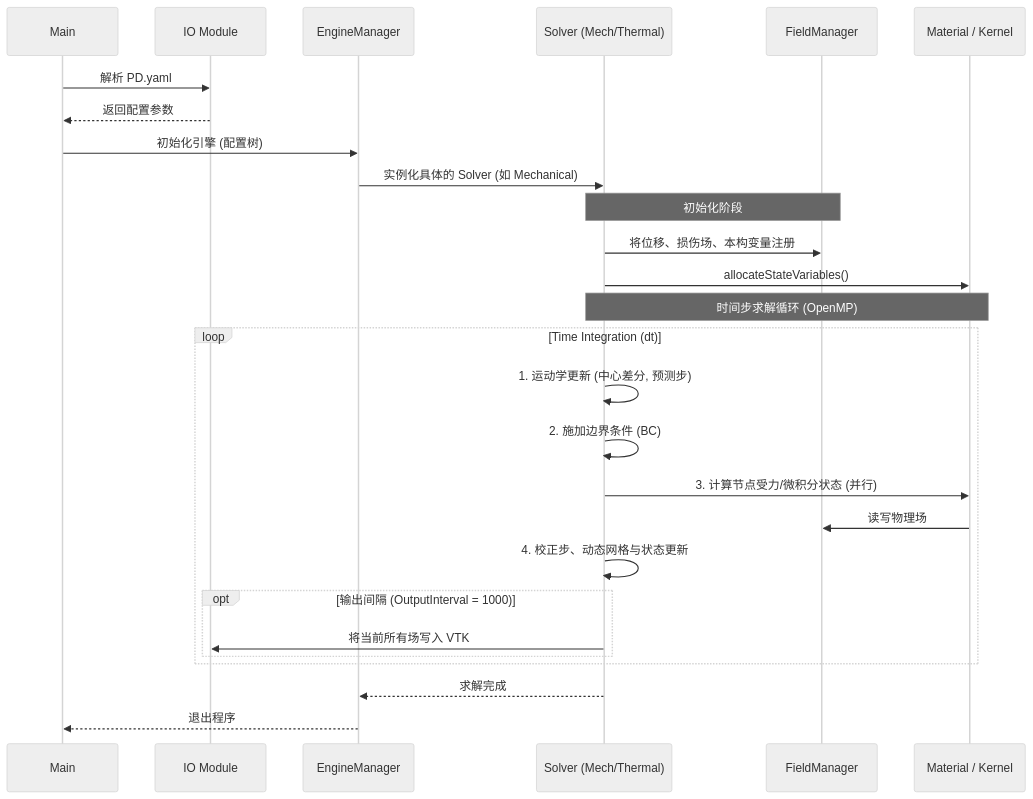
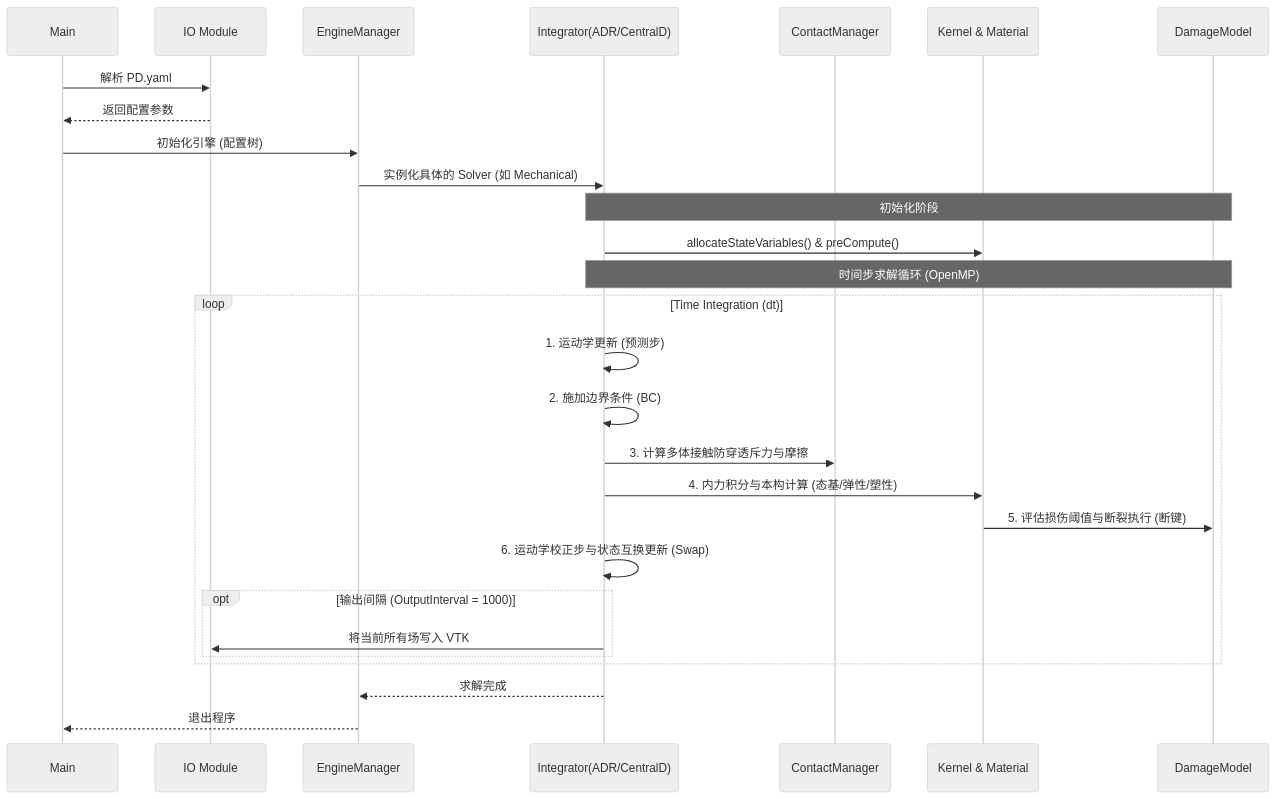
Before and after one commit to Huckleberry-F/GRPD: the third of 3 diagrams in README.md, drawn with Mermaid (neutral theme). The commit also changed other lines of this file and 6 other files, not shown here.

First line of the commit message:
docs: Comprehensive architecture docs upgrade and NTS contact stabilization

````diff
--- a/README.md
+++ b/README.md
@@ -193,34 +220,37 @@
 ```mermaid
 sequenceDiagram
     participant Main as Main
     participant IO as IO Module
     participant EM as EngineManager
-    participant Solver as Solver (Mech/Thermal)
-    participant Field as FieldManager
-    participant Mat as Material / Kernel
+    participant Solver as Integrator(ADR/CentralD)
+    participant Contact as ContactManager
+    participant Mat as Kernel & Material
+    participant Damage as DamageModel
 
     Main->>IO: 解析 PD.yaml
     IO-->>Main: 返回配置参数
     Main->>EM: 初始化引擎 (配置树)
     EM->>Solver: 实例化具体的 Solver (如 Mechanical)
 
-    note over Solver,Field: 初始化阶段
-    Solver->>Field: 将位移、损伤场、本构变量注册
-    Solver->>Mat: allocateStateVariables()
+    note over Solver,Damage: 初始化阶段
+    Solver->>Mat: allocateStateVariables() & preCompute()
 
-    note over Solver,Mat: 时间步求解循环 (OpenMP)
+    note over Solver,Damage: 时间步求解循环 (OpenMP)
     loop Time Integration (dt)
-        Solver->>Solver: 1. 运动学更新 (中心差分, 预测步)
+        Solver->>Solver: 1. 运动学更新 (预测步)
         Solver->>Solver: 2. 施加边界条件 (BC)
-        Solver->>Mat: 3. 计算节点受力/微积分状态 (并行)
-        Mat->>Field: 读写物理场
-        Solver->>Solver: 4. 校正步、动态网格与状态更新
+        
+        Solver->>Contact: 3. 计算多体接触防穿透斥力与摩擦
+        Solver->>Mat: 4. 内力积分与本构计算 (态基/弹性/塑性)
+        Mat->>Damage: 5. 评估损伤阈值与断裂执行 (断键)
+        
+        Solver->>Solver: 6. 运动学校正步与状态互换更新 (Swap)
 
         opt 输出间隔 (OutputInterval = 1000)
             Solver->>IO: 将当前所有场写入 VTK
         end
     end
 
     Solver-->>EM: 求解完成
     EM-->>Main: 退出程序
 ```
````
